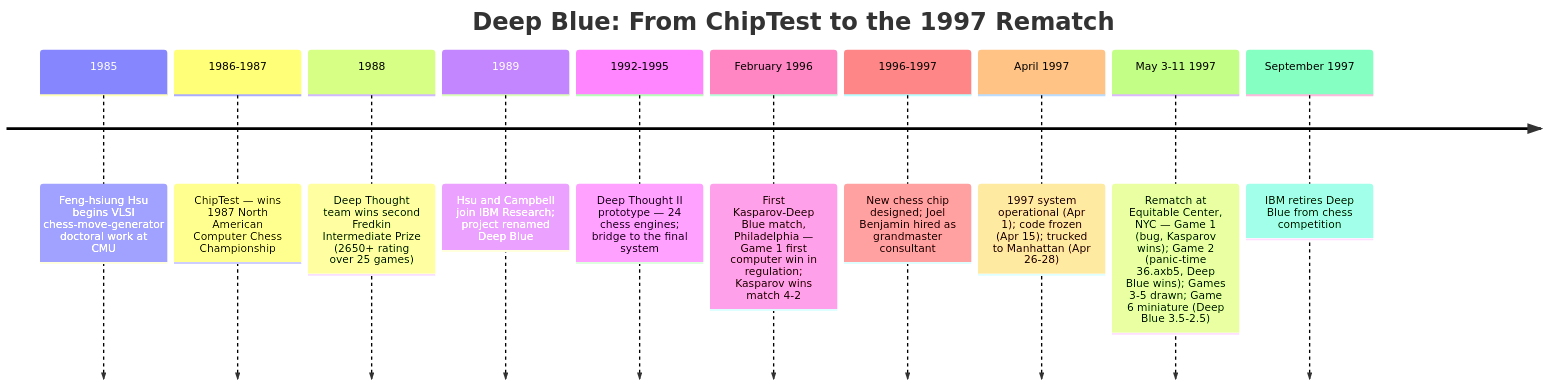
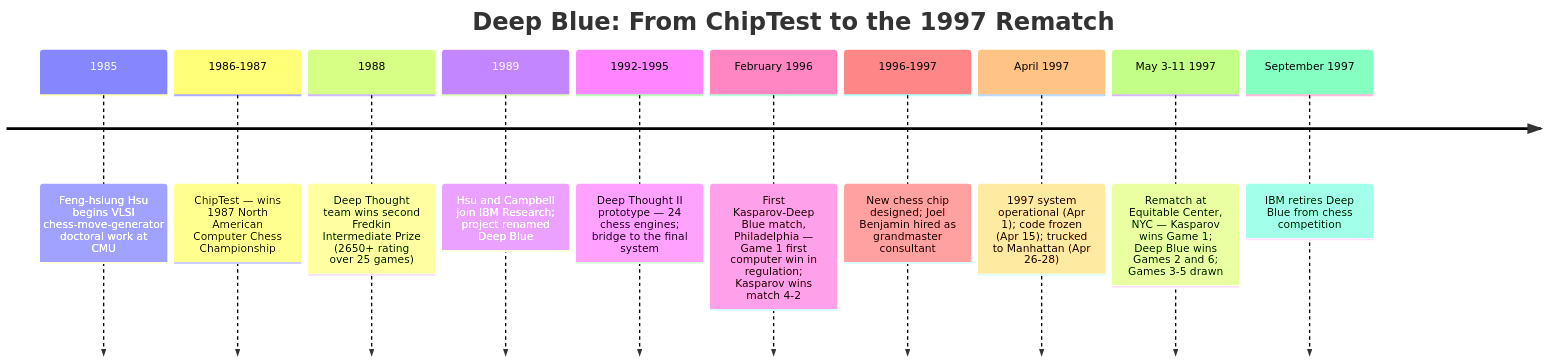
Before and after one commit to kube-dojo/kube-dojo: the diagram in src/content/docs/ai-history/ch-33-deep-blue.md, drawn with Mermaid. The commit also changed other lines of this file and 2 other files, not shown here.

````diff
--- a/src/content/docs/ai-history/ch-33-deep-blue.md
+++ b/src/content/docs/ai-history/ch-33-deep-blue.md
@@ -29,14 +29,14 @@
 ```mermaid
 timeline
     title Deep Blue: From ChipTest to the 1997 Rematch
     1985 : Feng-hsiung Hsu begins VLSI chess-move-generator doctoral work at CMU
     1986-1987 : ChipTest — wins 1987 North American Computer Chess Championship
     1988 : Deep Thought team wins second Fredkin Intermediate Prize (2650+ rating over 25 games)
     1989 : Hsu and Campbell join IBM Research; project renamed Deep Blue
     1992-1995 : Deep Thought II prototype — 24 chess engines; bridge to the final system
     February 1996 : First Kasparov-Deep Blue match, Philadelphia — Game 1 first computer win in regulation; Kasparov wins match 4-2
     1996-1997 : New chess chip designed; Joel Benjamin hired as grandmaster consultant
     April 1997 : 1997 system operational (Apr 1); code frozen (Apr 15); trucked to Manhattan (Apr 26-28)
-    May 3-11 1997 : Rematch at Equitable Center, NYC — Game 1 (bug, Kasparov wins); Game 2 (panic-time 36.axb5, Deep Blue wins); Games 3-5 drawn; Game 6 miniature (Deep Blue 3.5-2.5)
+    May 3-11 1997 : Rematch at Equitable Center, NYC — Kasparov wins Game 1; Deep Blue wins Games 2 and 6; Games 3-5 drawn
     September 1997 : IBM retires Deep Blue from chess competition
 ```
````
